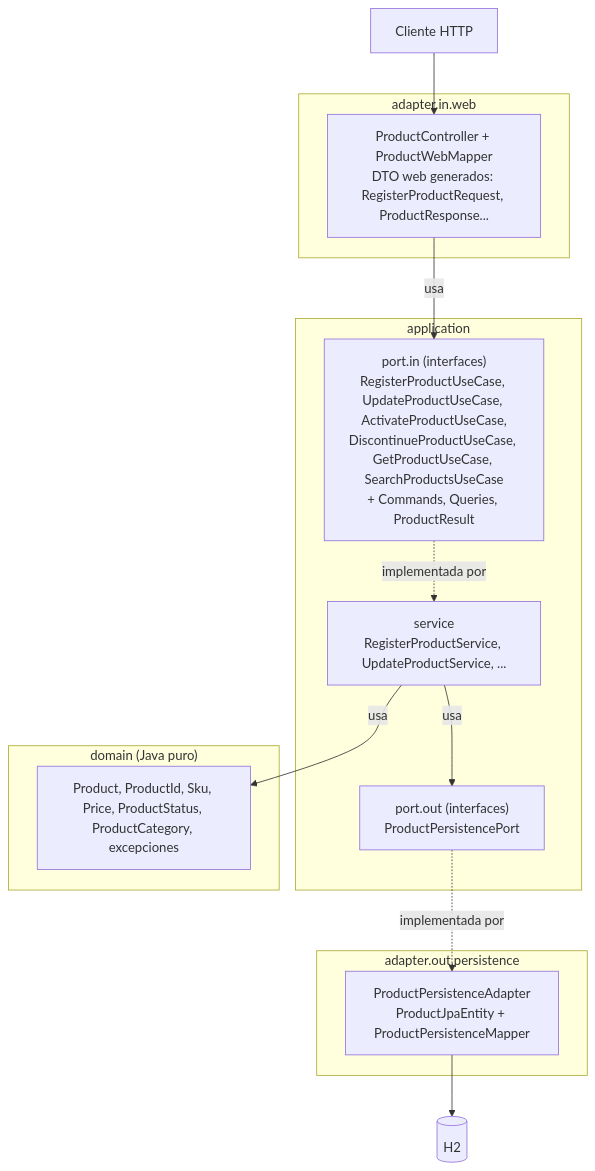
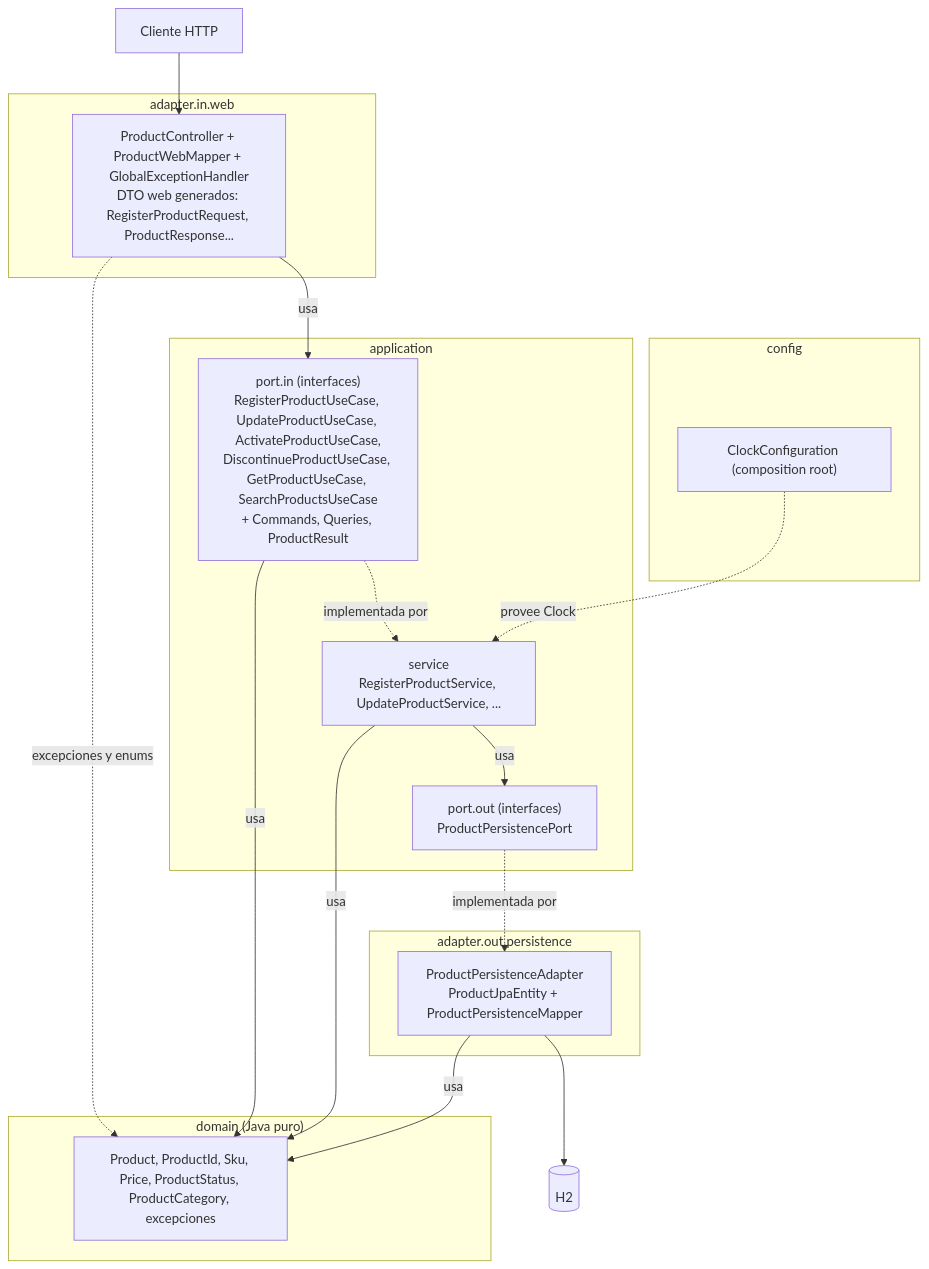
The first of 3 diagrams in specs/architecture/architecture.md (GalaxyTraining/CURS-000658-AI-SDD-F4), drawn with Mermaid before and after one commit. The commit also changed other lines of this file and 1 other file, not shown here.

First line of the commit message:
design: diagramas sincronizados con la implementación

````diff
--- a/specs/architecture/architecture.md
+++ b/specs/architecture/architecture.md
@@ -11,27 +11,34 @@
 ```mermaid
 flowchart TB
     CLIENT["Cliente HTTP"]
     subgraph AIN["adapter.in.web"]
-        CTRL["ProductController + ProductWebMapper<br/>DTO web generados: RegisterProductRequest, ProductResponse..."]
+        CTRL["ProductController + ProductWebMapper + GlobalExceptionHandler<br/>DTO web generados: RegisterProductRequest, ProductResponse..."]
     end
     subgraph APP["application"]
         UCI["port.in (interfaces)<br/>RegisterProductUseCase, UpdateProductUseCase, ActivateProductUseCase,<br/>DiscontinueProductUseCase, GetProductUseCase, SearchProductsUseCase<br/>+ Commands, Queries, ProductResult"]
         SVC["service<br/>RegisterProductService, UpdateProductService, ..."]
         PP["port.out (interfaces)<br/>ProductPersistencePort"]
     end
     subgraph DOM["domain (Java puro)"]
         AGG["Product, ProductId, Sku, Price, ProductStatus, ProductCategory, excepciones"]
     end
     subgraph AOUT["adapter.out.persistence"]
         PAD["ProductPersistenceAdapter<br/>ProductJpaEntity + ProductPersistenceMapper"]
     end
+    subgraph CFG["config"]
+        CC["ClockConfiguration (composition root)"]
+    end
     DB[("H2")]
 
     CLIENT --> CTRL
     CTRL -- "usa" --> UCI
+    CTRL -. "excepciones y enums" .-> AGG
     UCI -. "implementada por" .-> SVC
+    UCI -- "usa" --> AGG
     SVC -- "usa" --> AGG
     SVC -- "usa" --> PP
     PP -. "implementada por" .-> PAD
+    PAD -- "usa" --> AGG
     PAD --> DB
+    CC -. "provee Clock" .-> SVC
 ```
````
